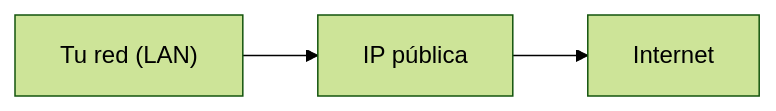
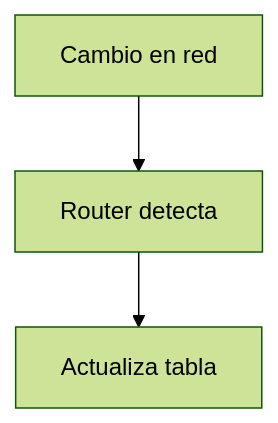
The ninth of 10 diagrams in src/content/lessons/fundamentos-it/redes-desde-cero/intro-ip/02-intro-ip.md (Oscar-Poski/heka-it), drawn with Mermaid (forest theme) before and after one commit. The commit also changed other lines of this file and 63 other files, not shown here.

````diff
--- a/src/content/lessons/fundamentos-it/redes-desde-cero/intro-ip/02-intro-ip.md
+++ b/src/content/lessons/fundamentos-it/redes-desde-cero/intro-ip/02-intro-ip.md
@@ -73,4 +194,6 @@
 ```mermaid
-flowchart LR
-  A["Tu red (LAN)"] --> B["IP pública"] --> C["Internet"]
+flowchart TD
+    A[Cambio en red]
+    A --> B[Router detecta]
+    B --> C[Actualiza tabla]
 ```
````
